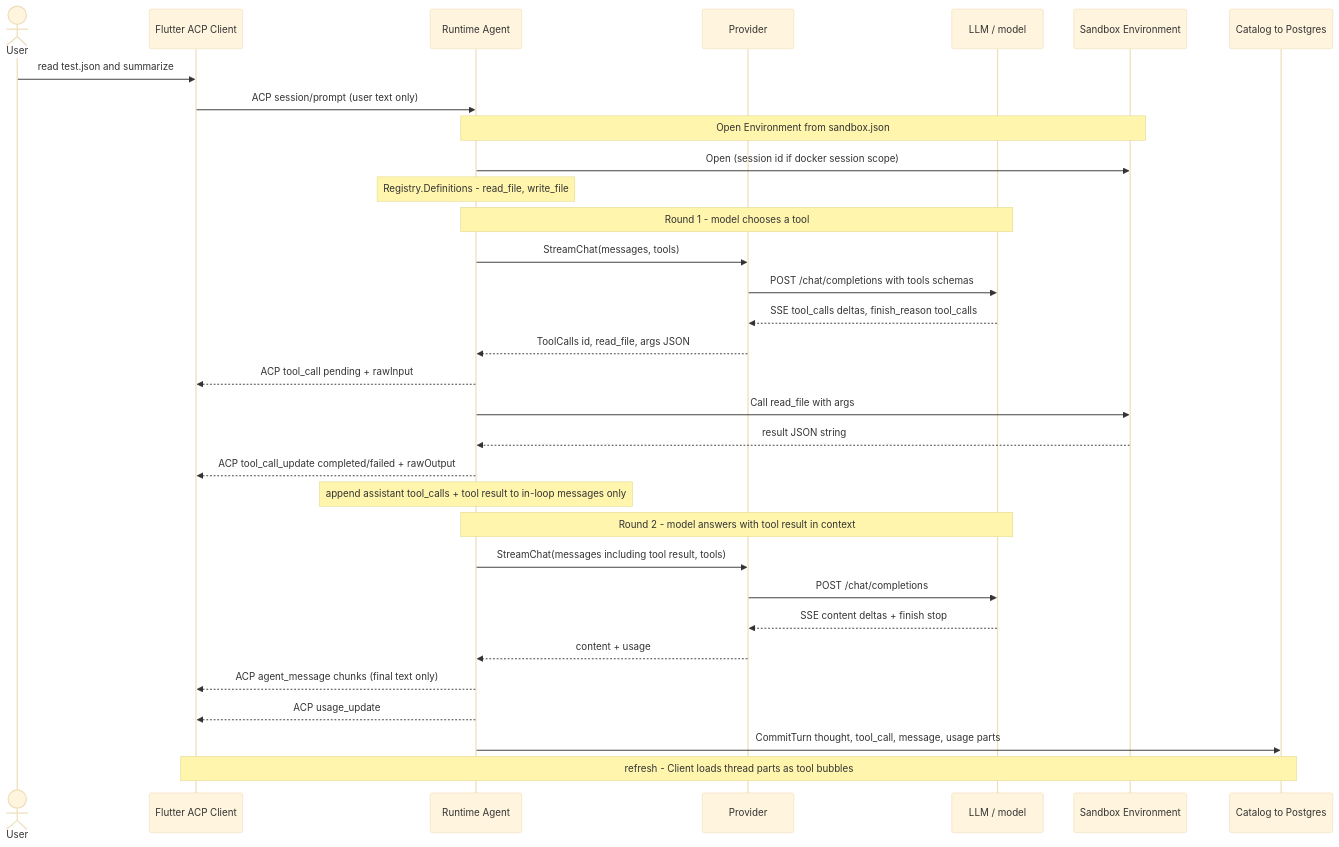
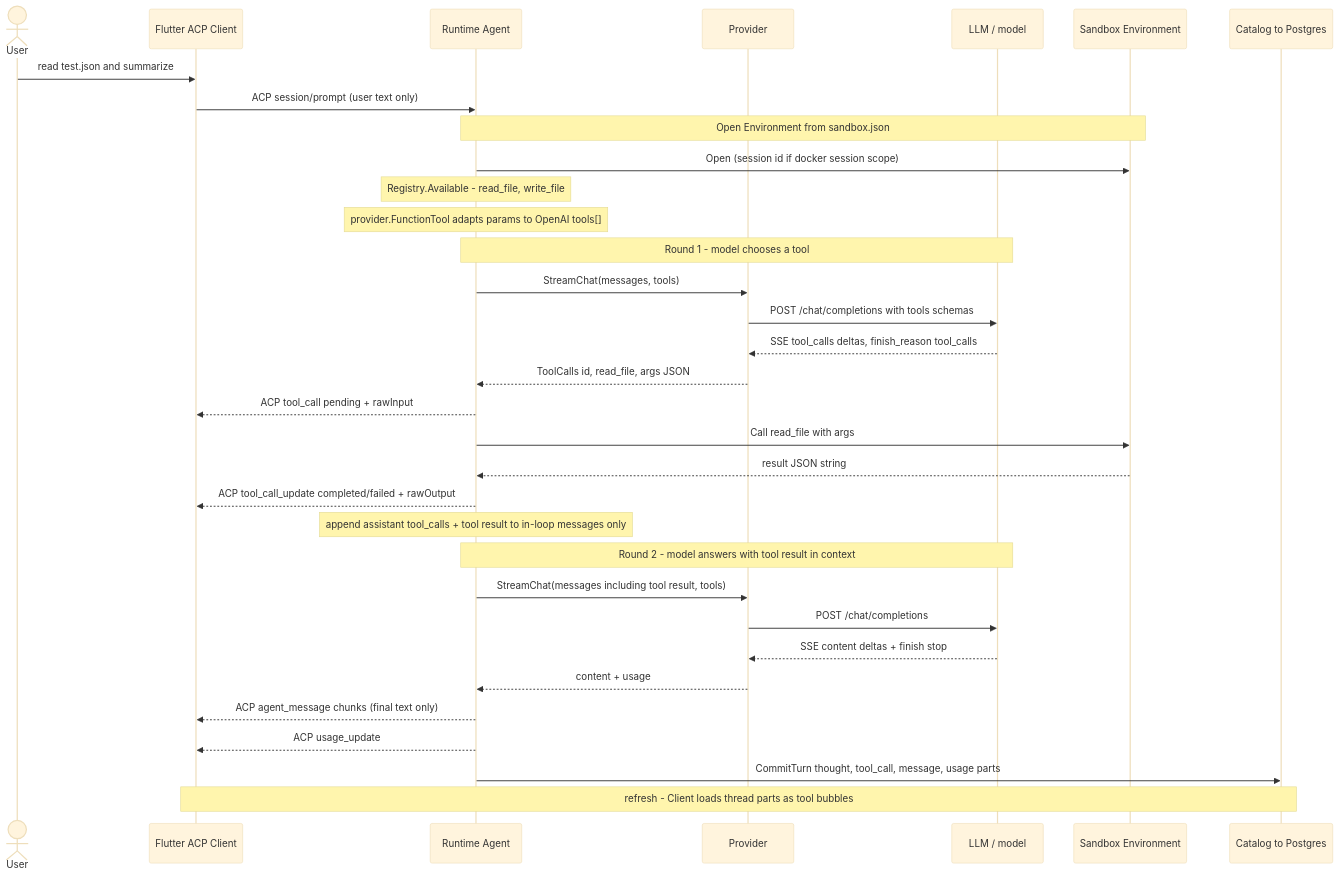
Before and after one commit to tryy3/agent-fabric: the fourth of 6 diagrams in docs/architecture.md, drawn with Mermaid (base theme). The commit also changed other lines of this file and 8 other files, not shown here.

First line of the commit message:
refactor(sandbox): keep tool schemas provider-neutral

````diff
--- a/docs/architecture.md
+++ b/docs/architecture.md
@@ -182,40 +182,41 @@
 ```mermaid
 sequenceDiagram
   actor User
   participant Client as Flutter ACP Client
   participant Agent as Runtime Agent
   participant Prov as Provider
   participant LLM as LLM / model
   participant Env as Sandbox Environment
   participant Catalog as Catalog to Postgres
 
   User->>Client: read test.json and summarize
   Client->>Agent: ACP session/prompt (user text only)
 
   Note over Agent,Env: Open Environment from sandbox.json
   Agent->>Env: Open (session id if docker session scope)
-  Note over Agent: Registry.Definitions - read_file, write_file
+  Note over Agent: Registry.Available - read_file, write_file
+  Note over Agent: provider.FunctionTool adapts params to OpenAI tools[]
 
   Note over Agent,LLM: Round 1 - model chooses a tool
   Agent->>Prov: StreamChat(messages, tools)
   Prov->>LLM: POST /chat/completions with tools schemas
   LLM-->>Prov: SSE tool_calls deltas, finish_reason tool_calls
   Prov-->>Agent: ToolCalls id, read_file, args JSON
 
   Agent-->>Client: ACP tool_call pending + rawInput
   Agent->>Env: Call read_file with args
   Env-->>Agent: result JSON string
   Agent-->>Client: ACP tool_call_update completed/failed + rawOutput
   Note over Agent: append assistant tool_calls + tool result to in-loop messages only
 
   Note over Agent,LLM: Round 2 - model answers with tool result in context
   Agent->>Prov: StreamChat(messages including tool result, tools)
   Prov->>LLM: POST /chat/completions
   LLM-->>Prov: SSE content deltas + finish stop
   Prov-->>Agent: content + usage
   Agent-->>Client: ACP agent_message chunks (final text only)
   Agent-->>Client: ACP usage_update
 
   Agent->>Catalog: CommitTurn thought, tool_call, message, usage parts
   Note over Client,Catalog: refresh - Client loads thread parts as tool bubbles
 ```
````
